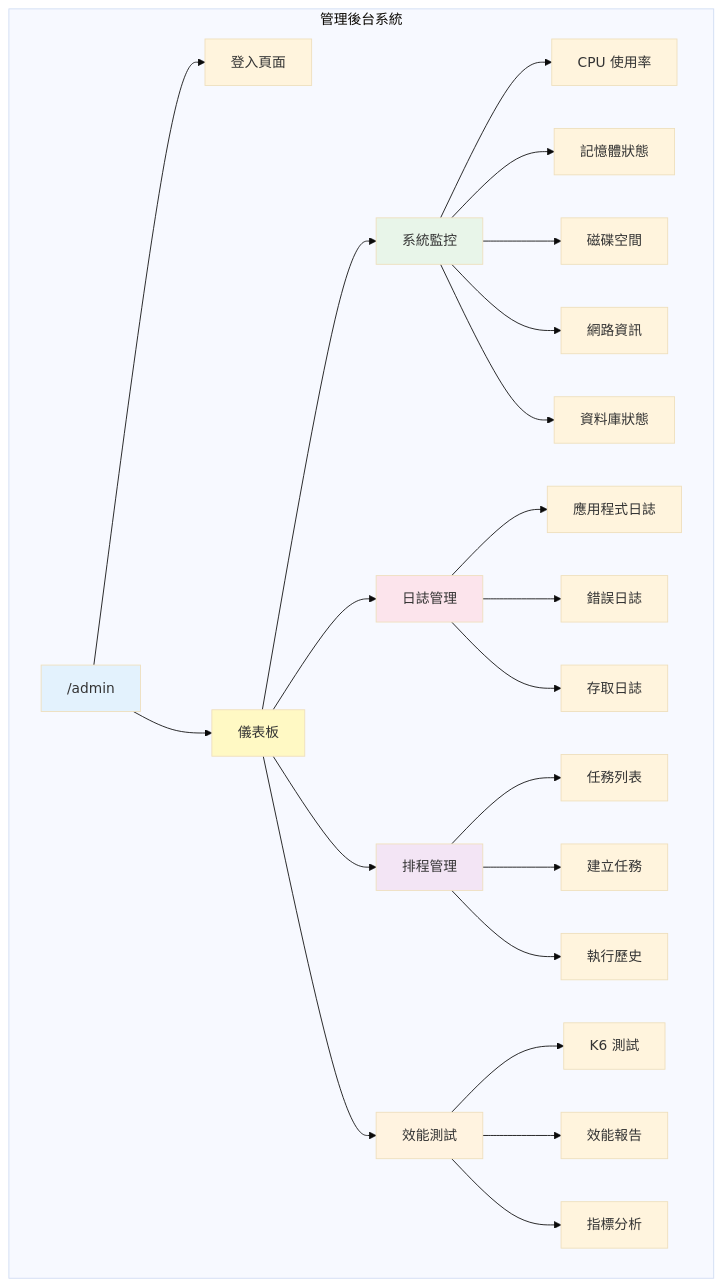
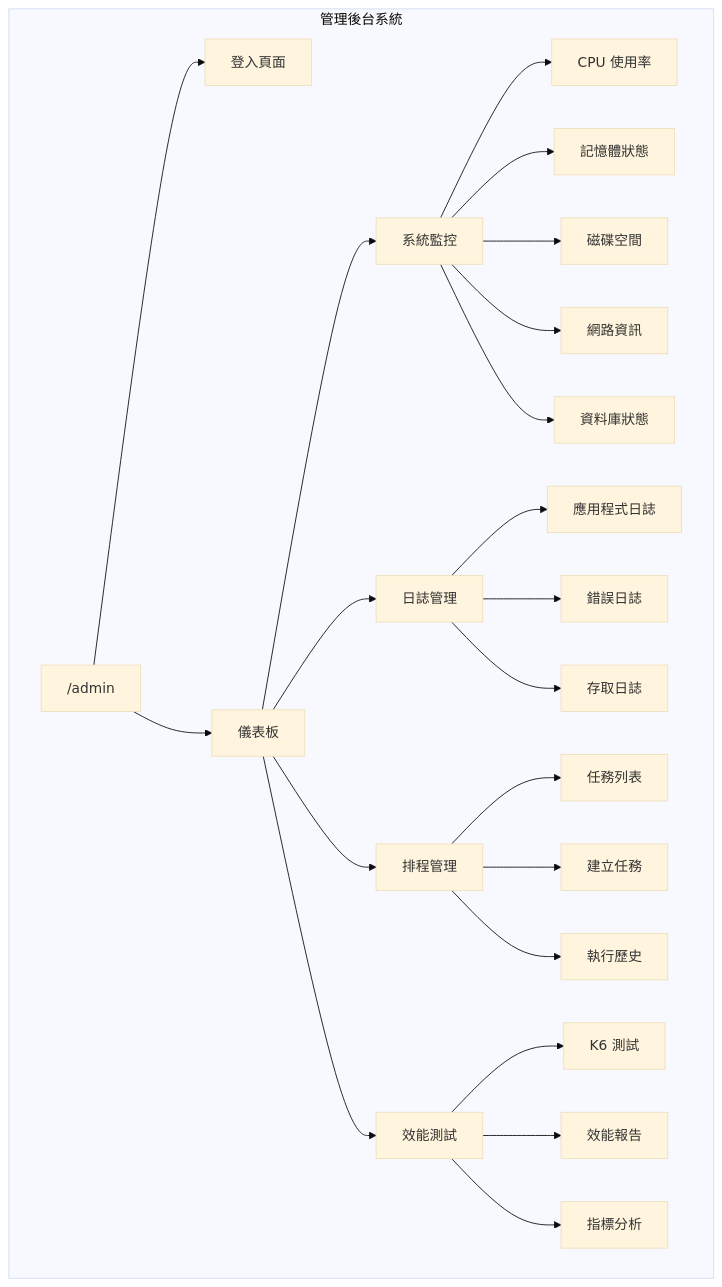
One commit to tboydar/service-booking-api changed the sixth of 23 diagrams in README.md. Above: the diagram before and after it, drawn with Mermaid (base theme). The commit also changed other lines of this file and 2 other files, not shown here.

First line of the commit message:
feat(admin): 新增服務編輯頁面與隱藏主機名稱

````diff
--- a/README.md
+++ b/README.md
@@ -433,37 +427,31 @@
 ```mermaid
 flowchart TB
     subgraph "管理後台系統"
         Admin["/admin"] --> Login[登入頁面]
         Admin --> Dashboard[儀表板]
 
         Dashboard --> Monitor[系統監控]
         Dashboard --> Logs[日誌管理]
         Dashboard --> Scheduler[排程管理]
         Dashboard --> Performance[效能測試]
 
         Monitor --> CPU[CPU 使用率]
         Monitor --> Memory[記憶體狀態]
         Monitor --> Disk[磁碟空間]
         Monitor --> Network[網路資訊]
         Monitor --> Database[資料庫狀態]
 
         Logs --> AppLogs[應用程式日誌]
         Logs --> ErrorLogs[錯誤日誌]
         Logs --> AccessLogs[存取日誌]
 
         Scheduler --> JobList[任務列表]
         Scheduler --> JobCreate[建立任務]
         Scheduler --> JobHistory[執行歷史]
 
         Performance --> K6Tests[K6 測試]
         Performance --> Reports[效能報告]
         Performance --> Metrics[指標分析]
     end
 
-    style Admin fill:#e3f2fd
-    style Dashboard fill:#fff9c4
-    style Monitor fill:#e8f5e9
-    style Logs fill:#fce4ec
-    style Scheduler fill:#f3e5f5
-    style Performance fill:#fff3e0
 ```
````
